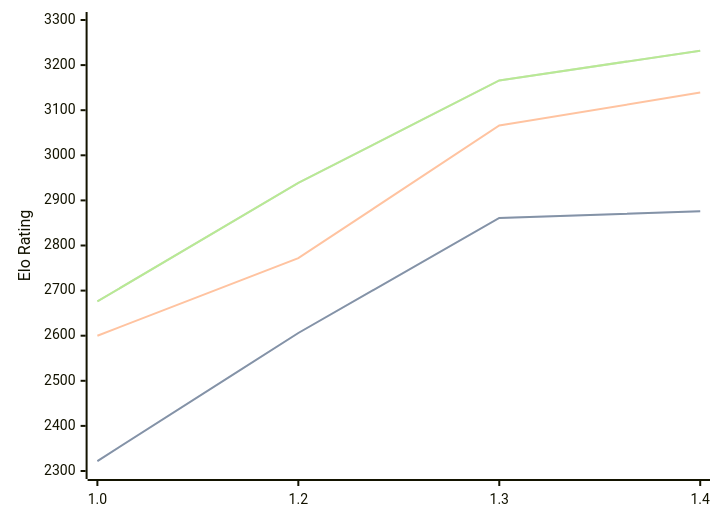
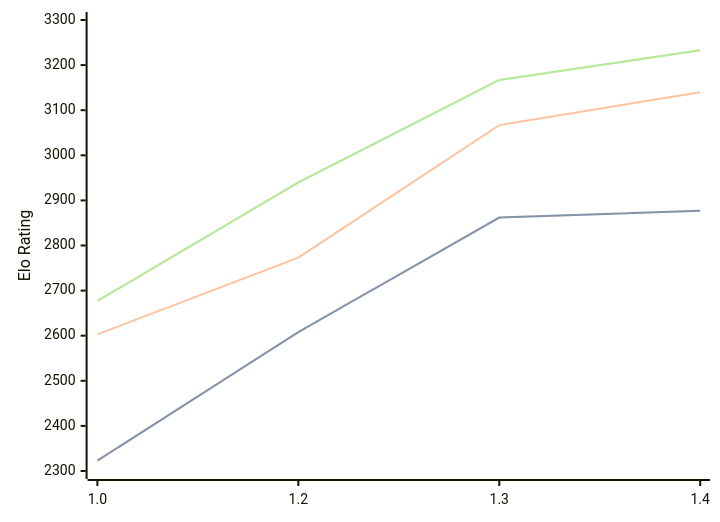
The diagram in engines/Chessnix.md (computer-chess-index/cci), drawn with Mermaid before and after one commit. The commit also changed other lines of this file, not shown here.

Commit message:
Update CCI Ratings (ELO VLTC) - 2026-09-01

````diff
--- a/engines/Chessnix.md
+++ b/engines/Chessnix.md
@@ -34,11 +34,11 @@
 ```mermaid
 %%{init: {"theme":"base","themeVariables":{"seriesColors:['#a3a3a3','#222221','#faa371']}}}%%
 xychart-beta
   x-axis ["1.0", "1.2", "1.3", "1.4"]
   y-axis "Elo Rating" 2300 --> 3300
-  line "" [2322, 2606, 2861, 2876]
-  line "STC (8.0+0.08s)" [2322, 2606, 2861, 2876]
-  line "LTC (60.0+0.60s)" [2600, 2772, 3066, 3139]
-  line "" [2676, 2939, 3166, 3232]
-  line "VLTC (2m24s+1.12s)" [2676, 2939, 3166, 3232]
+  line "" [2323, 2608, 2862, 2877]
+  line "STC (8.0+0.08s)" [2323, 2608, 2862, 2877]
+  line "LTC (60.0+0.60s)" [2603, 2773, 3067, 3140]
+  line "" [2677, 2940, 3167, 3233]
+  line "VLTC (2m24s+1.12s)" [2677, 2940, 3167, 3233]
 ```
````
